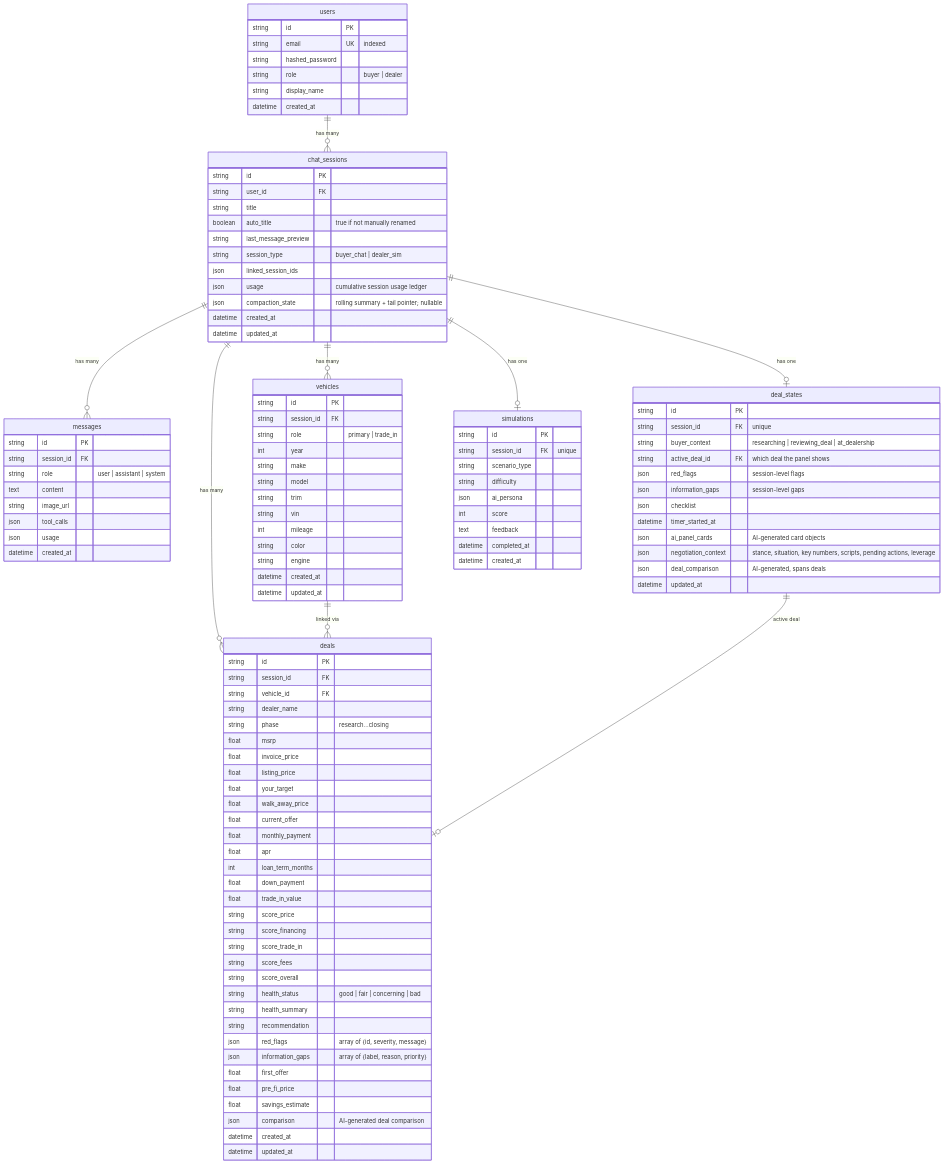
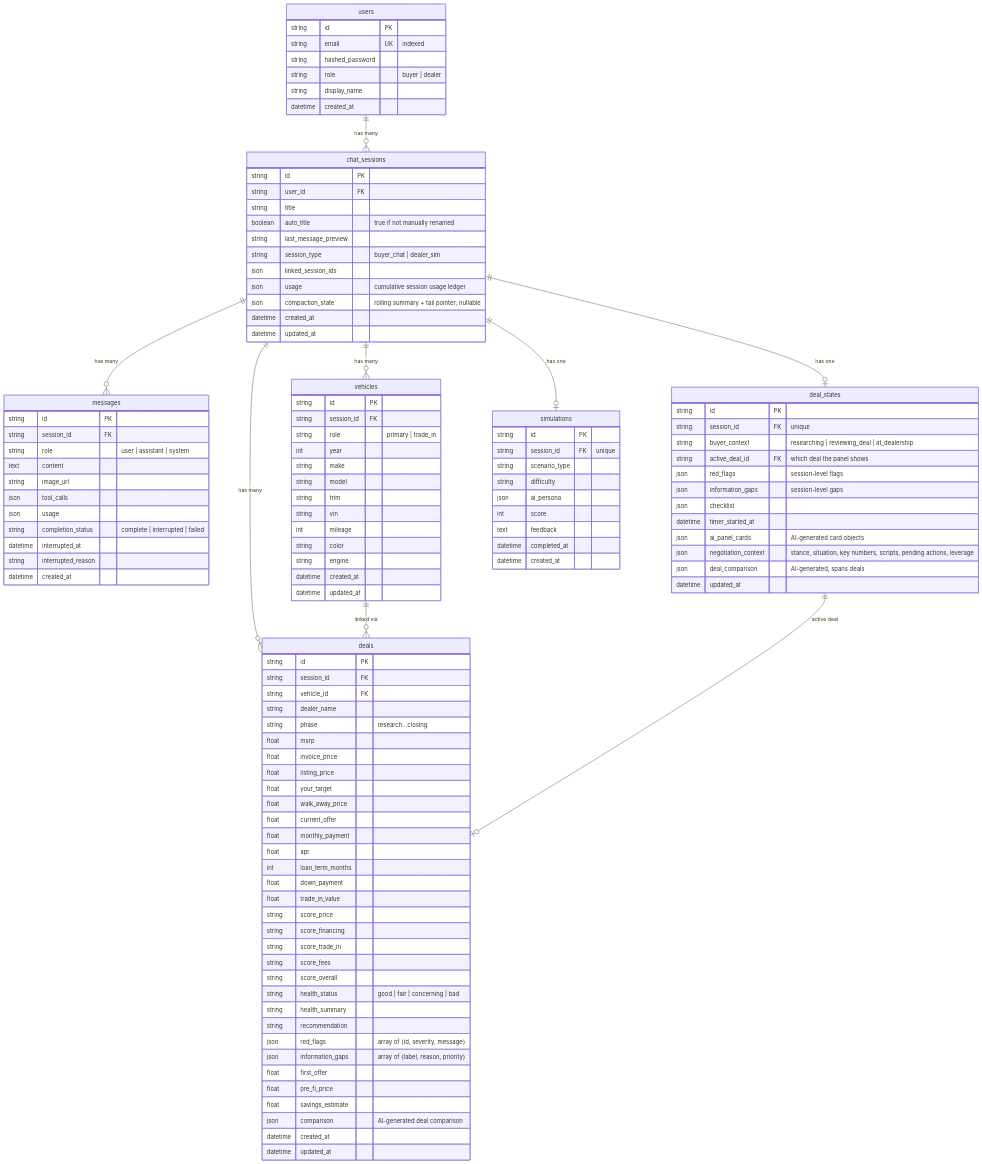
The second of 2 diagrams in docs/TRD.md (kramersmith/dealership-ai), drawn with Mermaid before and after one commit. The commit also changed other lines of this file and 34 other files, not shown here.

```diff
--- a/docs/TRD.md
+++ b/docs/TRD.md
@@ -375,6 +390,9 @@
         string image_url
         json tool_calls
         json usage
+        string completion_status "complete | interrupted | failed"
+        datetime interrupted_at
+        string interrupted_reason
         datetime created_at
     }
 
```
